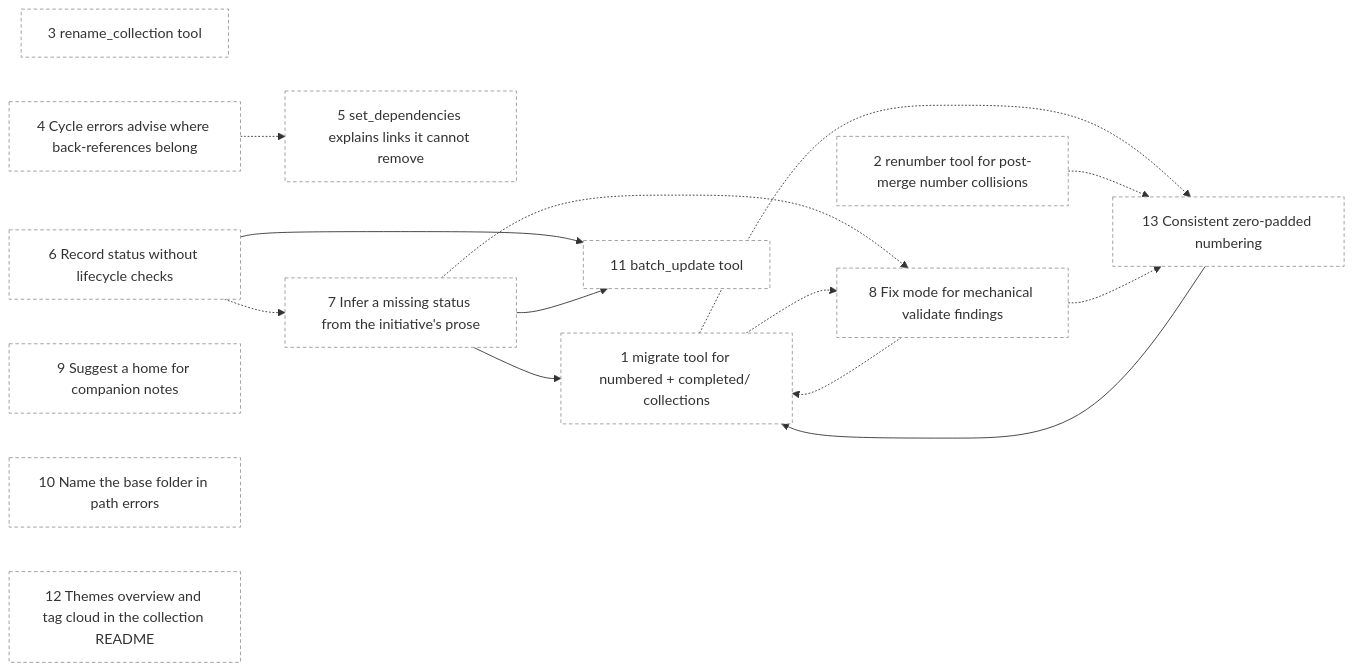
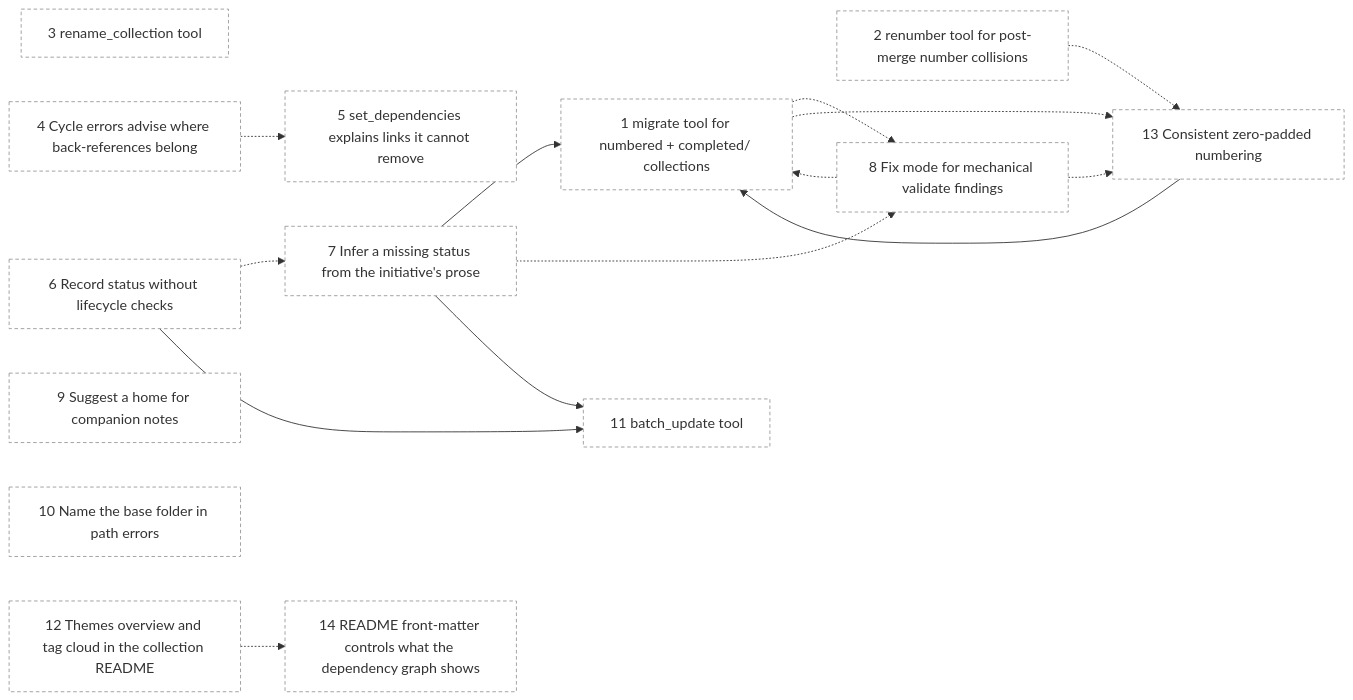
The diagram in initiatives/README.md (duckAsteroid/brindley), drawn with Mermaid before and after one commit. The commit also changed other lines of this file and 1 other file, not shown here.

Commit message:
docs(initiatives): add #14, README front-matter controls the dependency graph

````diff
--- a/initiatives/README.md
+++ b/initiatives/README.md
@@ -38,34 +39,36 @@
 ```mermaid
 flowchart LR
   n1["1 migrate tool for numbered + completed/ collections"]:::draft
   n2["2 renumber tool for post-merge number collisions"]:::draft
   n3["3 rename_collection tool"]:::draft
   n4["4 Cycle errors advise where back-references belong"]:::draft
   n5["5 set_dependencies explains links it cannot remove"]:::draft
   n6["6 Record status without lifecycle checks"]:::draft
   n7["7 Infer a missing status from the initiative's prose"]:::draft
   n8["8 Fix mode for mechanical validate findings"]:::draft
   n9["9 Suggest a home for companion notes"]:::draft
   n10["10 Name the base folder in path errors"]:::draft
   n11["11 batch_update tool"]:::draft
   n12["12 Themes overview and tag cloud in the collection README"]:::draft
   n13["13 Consistent zero-padded numbering"]:::draft
+  n14["14 README front-matter controls what the dependency graph shows"]:::draft
   n7 --> n1
   n13 --> n1
   n8 -.-> n1
   n4 -.-> n5
   n6 -.-> n7
   n7 -.-> n8
   n1 -.-> n8
   n6 --> n11
   n7 --> n11
   n1 -.-> n13
   n2 -.-> n13
   n8 -.-> n13
+  n12 -.-> n14
   classDef done fill:#e6e6e6,color:#777,stroke:#bbb
   classDef draft fill:#fff,stroke:#999,stroke-dasharray:4 3
   classDef designed fill:#e8f0fe,stroke:#4a7bd0
   classDef ready fill:#d9f2e3,stroke:#2e8b57,stroke-width:2px
   classDef inprogress fill:#fff4d6,stroke:#d49a00,stroke-width:2px
   classDef external fill:#fafafa,stroke:#999
 ```
````
